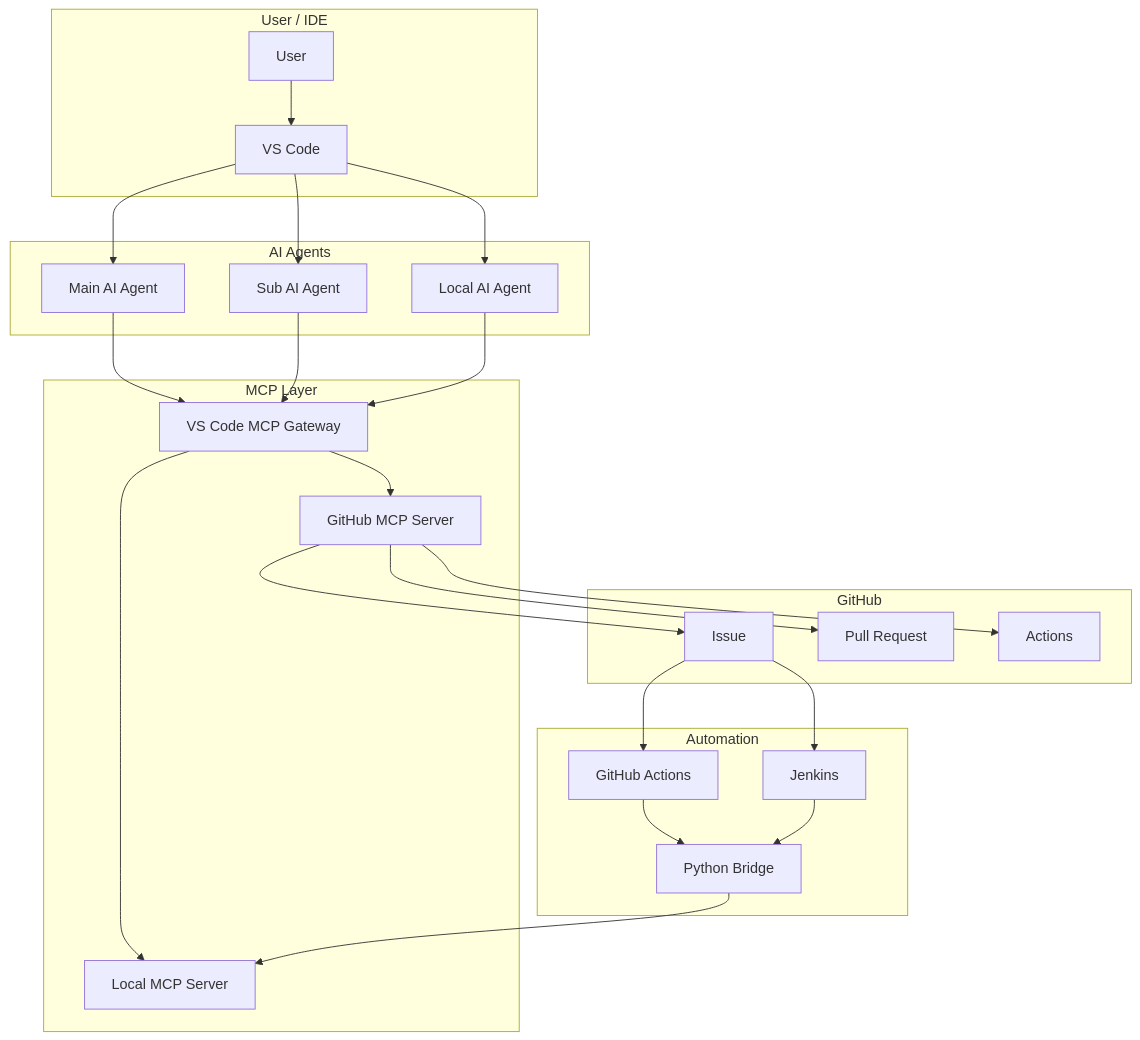
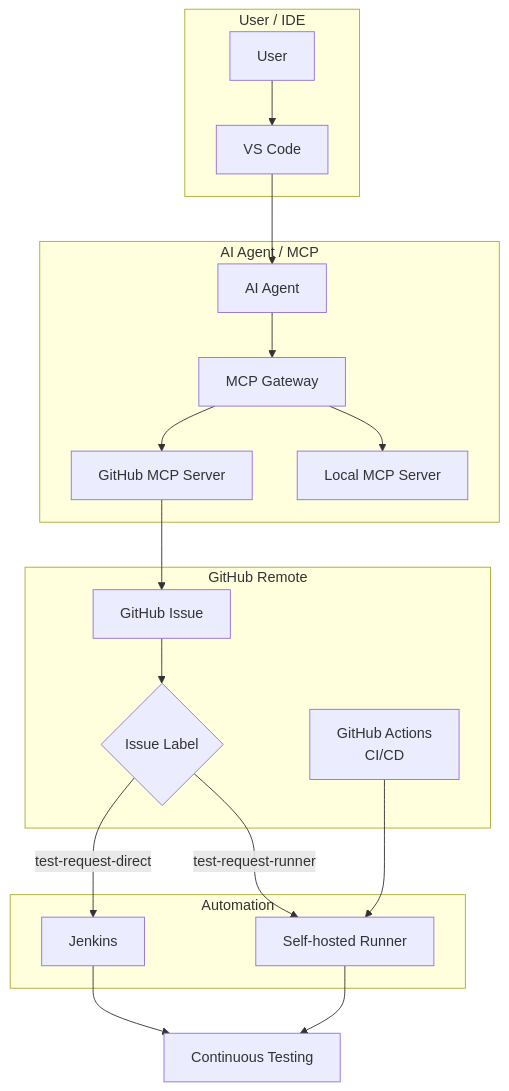
Before and after one commit to JeonghunLee/local-ai-agent-mcp: the diagram in docs/architecture/system-design.md, drawn with Mermaid. The commit also changed other lines of this file and 8 other files, not shown here.

````diff
--- a/docs/architecture/system-design.md
+++ b/docs/architecture/system-design.md
@@ -95,53 +149,40 @@
 ```mermaid
-graph TD
+flowchart TD
     subgraph UserLayer["User / IDE"]
         User["User"]
         VSCode["VS Code"]
     end
 
-    subgraph Agents["AI Agents"]
-        MainAI["Main AI Agent"]
-        SubAI["Sub AI Agent"]
-        LocalAI["Local AI Agent"]
-    end
-
-    subgraph MCP["MCP Layer"]
-        Gateway["VS Code MCP Gateway"]
+    subgraph AgentLayer["AI Agent / MCP"]
+        AIAgent["AI Agent"]
+        MCPGateway["MCP Gateway"]
         LocalMCP["Local MCP Server"]
         GitHubMCP["GitHub MCP Server"]
     end
 
-    subgraph Automation["Automation"]
-        GHA["GitHub Actions"]
-        Jenkins["Jenkins"]
-        Bridge["Python Bridge"]
+    subgraph GitHubRemote["GitHub Remote"]
+        Issue["GitHub Issue"]
+        Label{"Issue Label"}
+        GitHubActions["GitHub Actions<br/>CI/CD"]
     end
 
-    subgraph GitHub["GitHub"]
-        Issue["Issue"]
-        PR["Pull Request"]
-        Actions["Actions"]
+    subgraph Automation["Automation"]
+        SelfHosted["Self-hosted Runner"]
+        Jenkins["Jenkins"]
     end
 
+    CT["Continuous Testing"]
+
     User --> VSCode
-    VSCode --> MainAI
-    VSCode --> SubAI
-    VSCode --> LocalAI
+    VSCode --> AIAgent --> MCPGateway
+    MCPGateway --> LocalMCP
+    MCPGateway --> GitHubMCP --> Issue
 
-    MainAI --> Gateway
-    SubAI --> Gateway
-    LocalAI --> Gateway
+    Issue --> Label
+    Label -->|test-request-runner| SelfHosted
+    Label -->|test-request-direct| Jenkins
+    SelfHosted --> CT
+    Jenkins --> CT
 
-    Gateway --> LocalMCP
-    Gateway --> GitHubMCP
-
-    Issue --> GHA
-    Issue --> Jenkins
-    GHA --> Bridge
-    Jenkins --> Bridge
-    Bridge --> LocalMCP
-
-    GitHubMCP --> Issue
-    GitHubMCP --> PR
-    GitHubMCP --> Actions
+    GitHubActions --> SelfHosted
 ```
````
